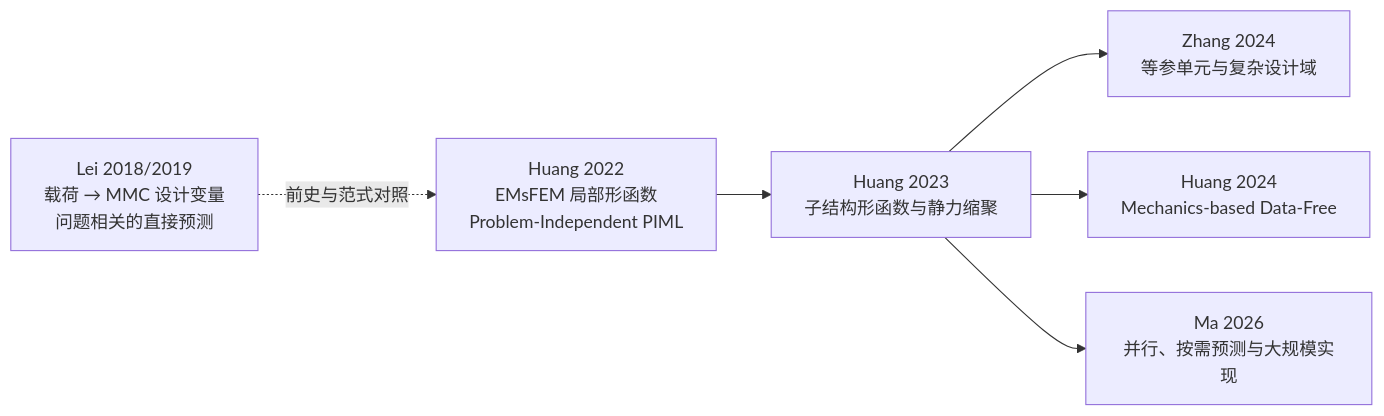
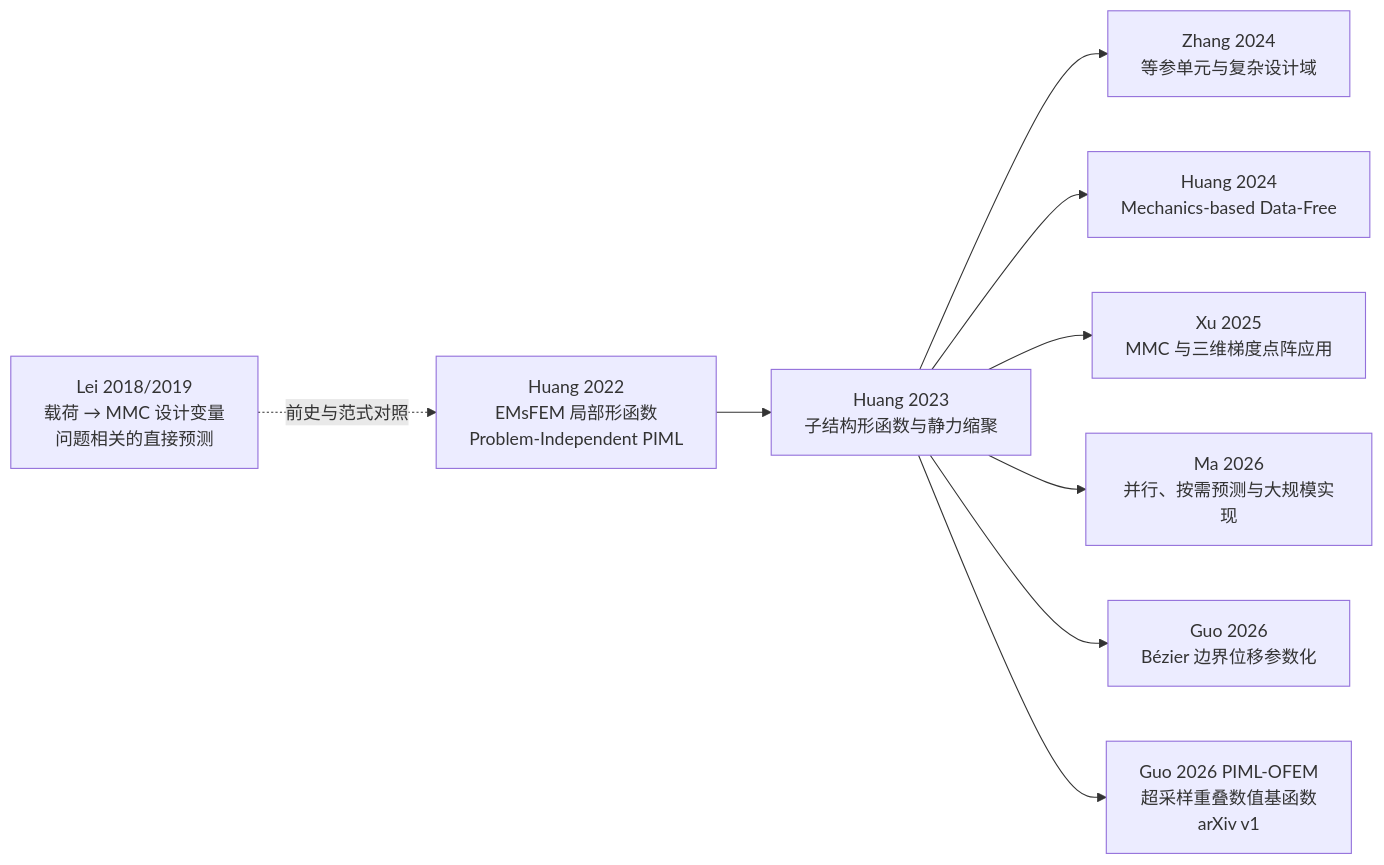
Before and after one commit to brighthe/dut-postdoc: the diagram in concepts/piml/method-lineage.md, drawn with Mermaid. The commit also changed other lines of this file and 101 other files, not shown here.

````diff
--- a/concepts/piml/method-lineage.md
+++ b/concepts/piml/method-lineage.md
@@ -45,15 +47,21 @@
 ```mermaid
 flowchart LR
     A["Lei 2018/2019<br/>载荷 → MMC 设计变量<br/>问题相关的直接预测"]
     B["Huang 2022<br/>EMsFEM 局部形函数<br/>Problem-Independent PIML"]
     C["Huang 2023<br/>子结构形函数与静力缩聚"]
     D["Zhang 2024<br/>等参单元与复杂设计域"]
     E["Huang 2024<br/>Mechanics-based Data-Free"]
-    F["Ma 2026<br/>并行、按需预测与大规模实现"]
+    F["Xu 2025<br/>MMC 与三维梯度点阵应用"]
+    G["Ma 2026<br/>并行、按需预测与大规模实现"]
+    H["Guo 2026<br/>Bézier 边界位移参数化"]
+    I["Guo 2026 PIML-OFEM<br/>超采样重叠数值基函数<br/>arXiv v1"]
 
     A -. 前史与范式对照 .-> B
     B --> C
     C --> D
     C --> E
     C --> F
+    C --> G
+    C --> H
+    C --> I
 ```
````
